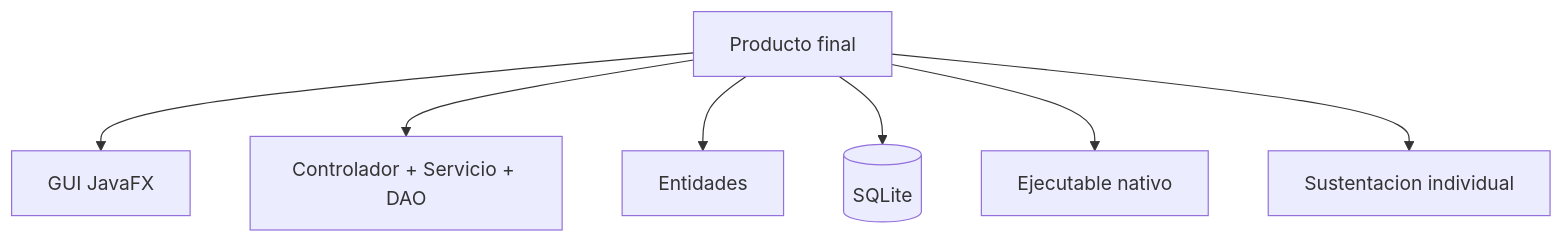
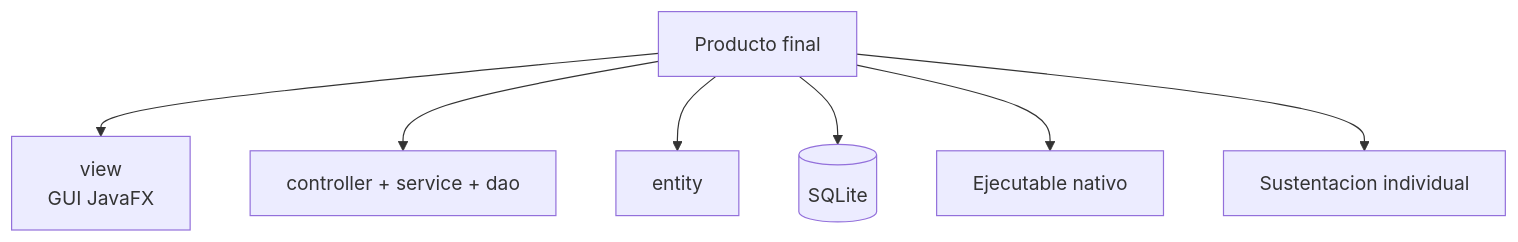
Before and after one commit to 262poo/comarket: the diagram in docs/S16_Evaluacion_Final.md, drawn with Mermaid. The commit also changed other lines of this file and 36 other files, not shown here.

````diff
--- a/docs/S16_Evaluacion_Final.md
+++ b/docs/S16_Evaluacion_Final.md
@@ -45,17 +46,17 @@
 ```mermaid
 flowchart TB
     Producto["Producto final"]
-    GUI["GUI JavaFX"]
-    Capas["Controlador + Servicio + DAO"]
-    Entidades["Entidades"]
+    GUI["view<br/>GUI JavaFX"]
+    Capas["controller + service + dao"]
+    Entidades["entity"]
     BD[("SQLite")]
     Ejecutable["Ejecutable nativo"]
     Sustentacion["Sustentacion individual"]
 
     Producto --> GUI
     Producto --> Capas
     Producto --> Entidades
     Producto --> BD
     Producto --> Ejecutable
     Producto --> Sustentacion
 ```
````
